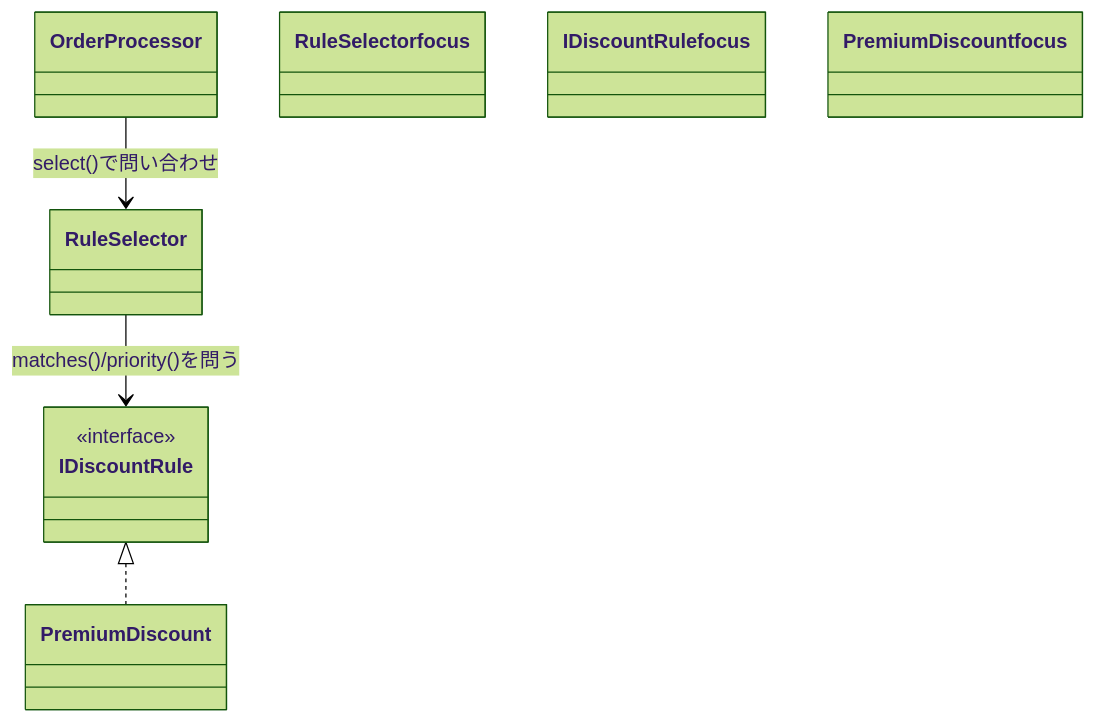
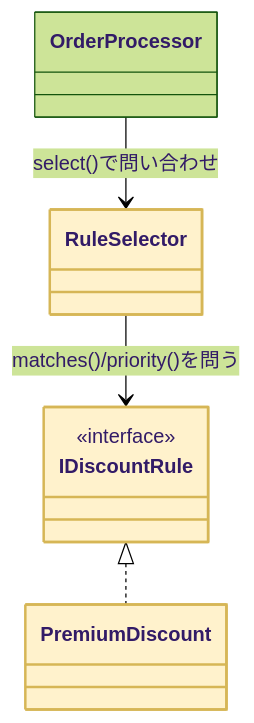
Before and after one commit to kumachan1101-pixel/DesignPattern: diagram 11 of 17 in kindle/design-patterns/output/chapter01.md, drawn with Mermaid (forest theme). The commit also changed other lines of this file and 15 other files, not shown here.

First line of the commit message:
全章classDiagram: phantom浮きクラスを生む着色構文 class X focus を :::focus へ修正（103箇所）

````diff
--- a/kindle/design-patterns/output/chapter01.md
+++ b/kindle/design-patterns/output/chapter01.md
@@ -1534,14 +1534,14 @@
 ```mermaid
 classDiagram
     class OrderProcessor
     class RuleSelector
     class IDiscountRule { <<interface>> }
     class PremiumDiscount
     OrderProcessor --> RuleSelector : select()で問い合わせ
     RuleSelector --> IDiscountRule : matches()/priority()を問う
     IDiscountRule <|.. PremiumDiscount
-    class RuleSelector focus
-    class IDiscountRule focus
-    class PremiumDiscount focus
+    class RuleSelector:::focus
+    class IDiscountRule:::focus
+    class PremiumDiscount:::focus
     classDef focus fill:#FFF2CC,stroke:#D6B656,stroke-width:2px
 ```
````
